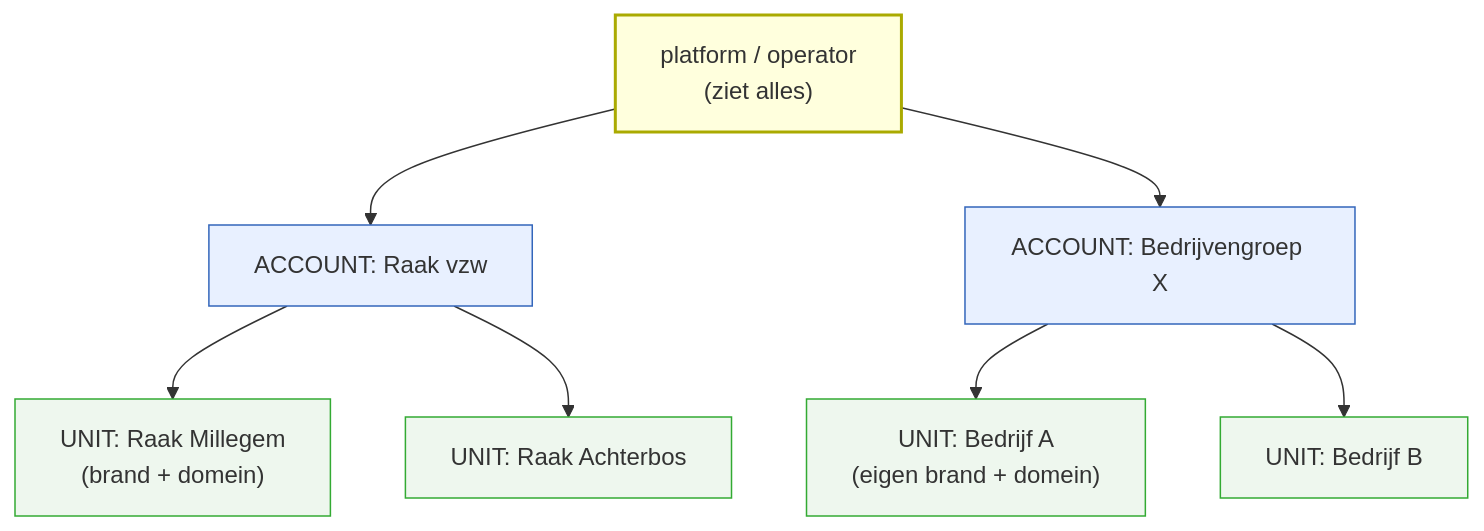
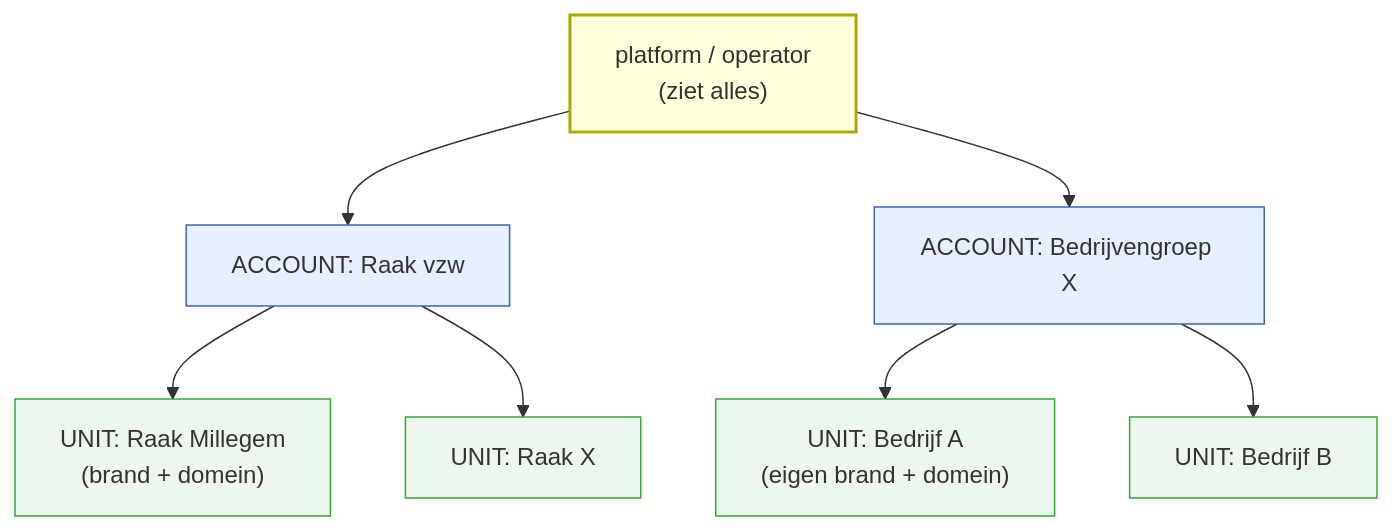
One commit to KoenRenders/KoenTest changed the eighth of 12 diagrams in docs/intermediate-architecture-upgrade-v1.md. Above: the diagram before and after it, drawn with Mermaid. The commit also changed other lines of this file, not shown here.

First line of the commit message:
docs: architecture v1 — codebase-structuur (§16), SEO per unit (§17), namen X/Y/Z

````diff
--- a/docs/intermediate-architecture-upgrade-v1.md
+++ b/docs/intermediate-architecture-upgrade-v1.md
@@ -528,13 +528,13 @@
 ```mermaid
 flowchart TB
   OP["platform / operator<br/>(ziet alles)"]:::op
   OP --> A1["ACCOUNT: Raak vzw"]:::acc
   OP --> A2["ACCOUNT: Bedrijvengroep X"]:::acc
   A1 --> U1["UNIT: Raak Millegem<br/>(brand + domein)"]:::u
-  A1 --> U2["UNIT: Raak Achterbos"]:::u
+  A1 --> U2["UNIT: Raak X"]:::u
   A2 --> U3["UNIT: Bedrijf A<br/>(eigen brand + domein)"]:::u
   A2 --> U4["UNIT: Bedrijf B"]:::u
   classDef op fill:#ffd,stroke:#aa0,stroke-width:2px;
   classDef acc fill:#e8f0ff,stroke:#36b;
   classDef u fill:#eef7ee,stroke:#3a3;
 ```
````
